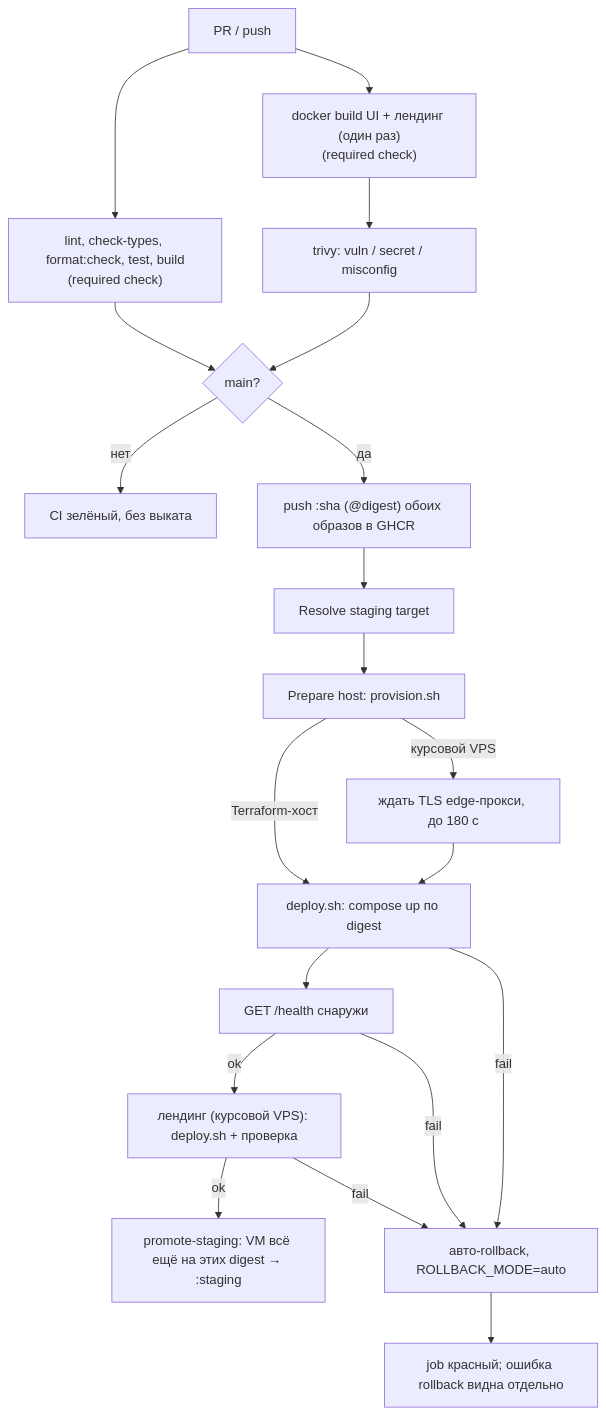
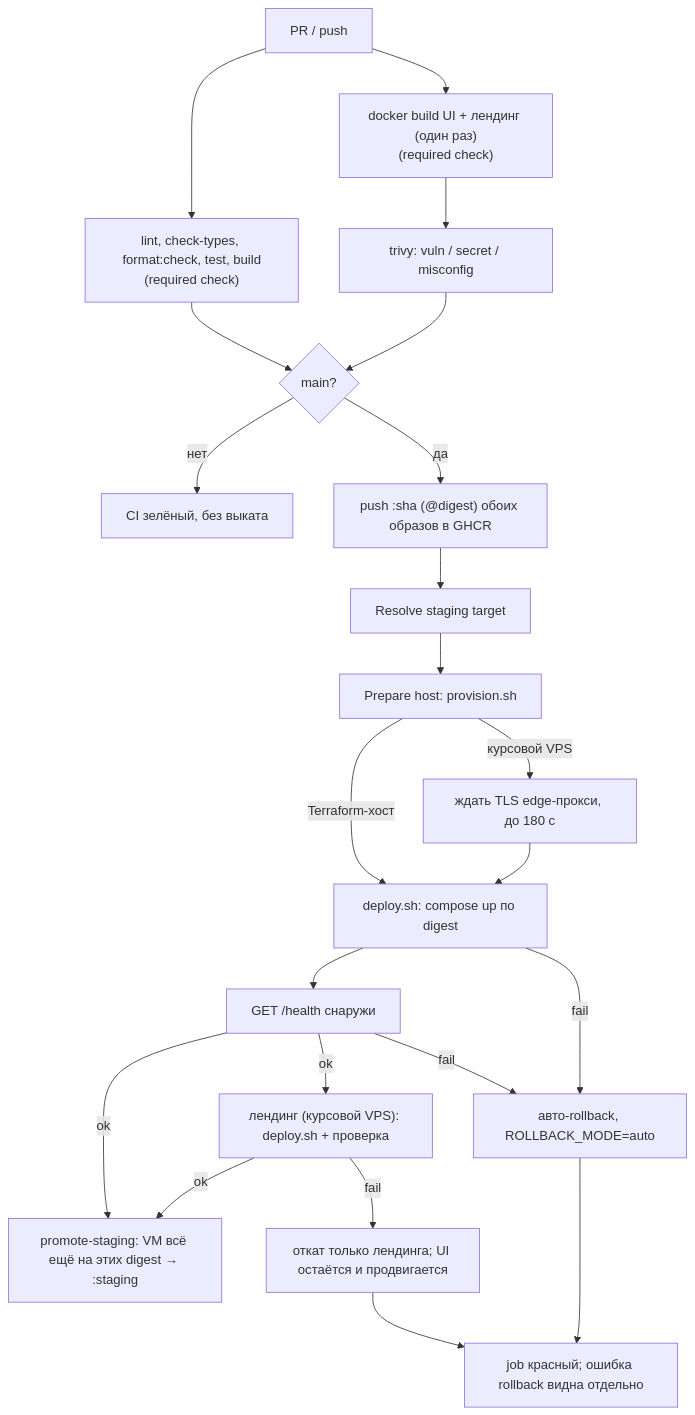
Before and after one commit to larchanka-training/dmc-268-ui-t6: the diagram in docs/CICD.md, drawn with Mermaid. The commit also changed other lines of this file and 8 other files, not shown here.

````diff
--- a/docs/CICD.md
+++ b/docs/CICD.md
@@ -15,22 +15,24 @@
 ```mermaid
 flowchart TD
   pr["PR / push"] --> quality["lint, check-types, format:check, test, build<br/>(required check)"]
   pr --> build["docker build UI + лендинг (один раз)<br/>(required check)"]
   build --> scan["trivy: vuln / secret / misconfig"]
   quality --> gate{"main?"}
   scan --> gate
   gate -->|нет| stop["CI зелёный, без выката"]
   gate -->|да| push["push :sha (@digest) обоих образов в GHCR"]
   push --> target["Resolve staging target"]
   target --> prep["Prepare host: provision.sh"]
   prep -->|Terraform-хост| deploy["deploy.sh: compose up по digest"]
   prep -->|курсовой VPS| tls["ждать TLS edge-прокси, до 180 с"]
   tls --> deploy
   deploy --> health["GET /health снаружи"]
   health -->|ok| landing["лендинг (курсовой VPS): deploy.sh + проверка"]
-  landing -->|ok| promote["promote-staging: VM всё ещё на этих digest → :staging"]
-  landing -->|fail| rb
+  health -->|ok| promote["promote-staging: VM всё ещё на этих digest → :staging"]
+  landing -->|ok| promote
+  landing -->|fail| rbl["откат только лендинга; UI остаётся и продвигается"]
+  rbl --> fail
   health -->|fail| rb["авто-rollback, ROLLBACK_MODE=auto"]
   deploy -->|fail| rb
   rb --> fail["job красный; ошибка rollback видна отдельно"]
 ```
````
